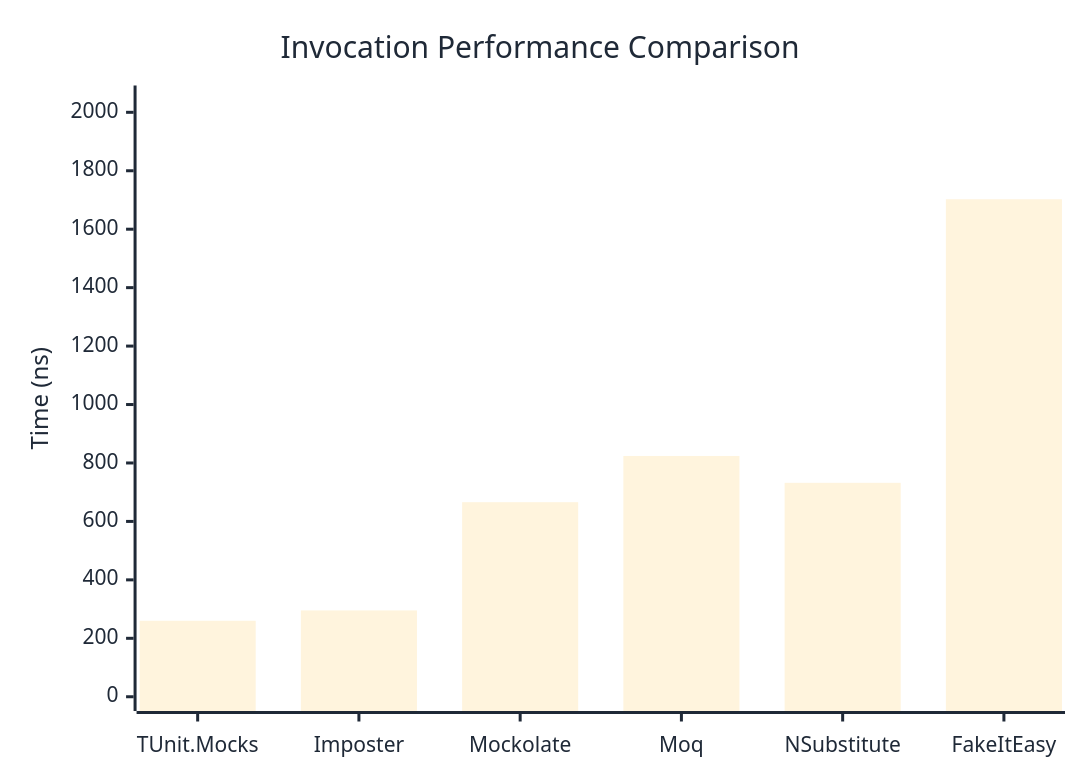
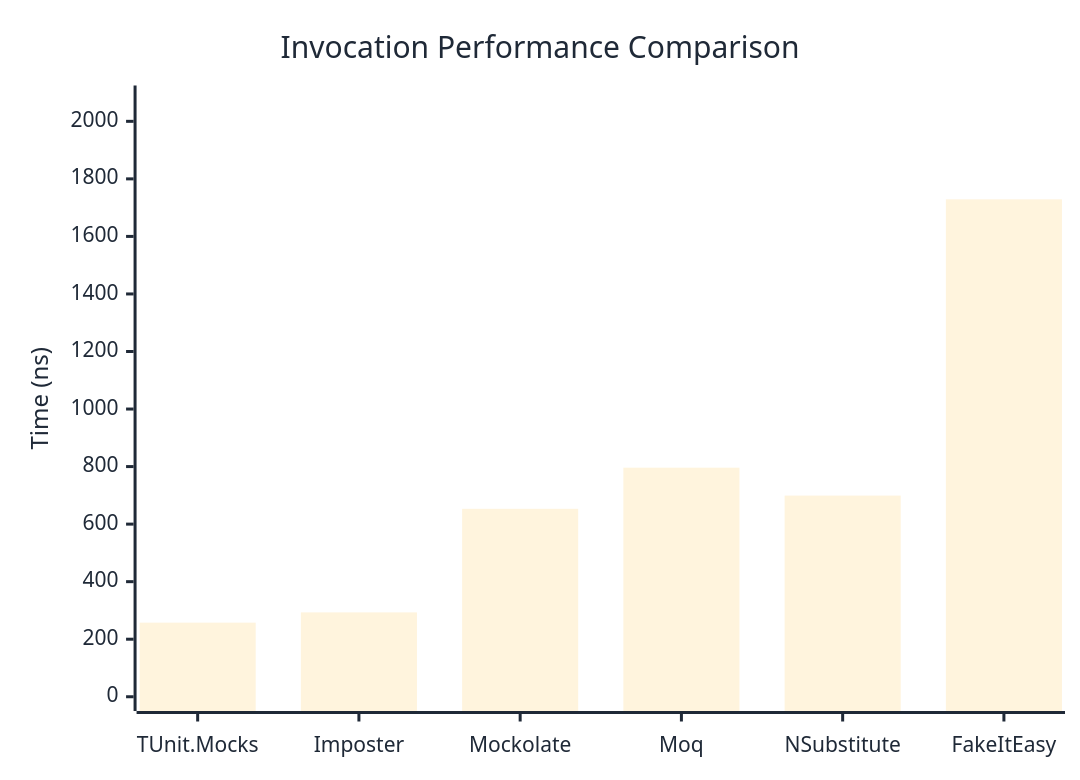
One commit to thomhurst/TUnit changed the first of 3 diagrams in docs/docs/benchmarks/mocks/Invocation.md. Above: the diagram before and after it, drawn with Mermaid. The commit also changed other lines of this file and 14 other files, not shown here.

````diff
--- a/docs/docs/benchmarks/mocks/Invocation.md
+++ b/docs/docs/benchmarks/mocks/Invocation.md
@@ -28,27 +28,27 @@
 ```mermaid
 %%{init: {
   'theme':'base',
   'themeVariables': {
     'primaryColor': '#2563eb',
     'primaryTextColor': '#1f2937',
     'primaryBorderColor': '#1e40af',
     'lineColor': '#6b7280',
     'secondaryColor': '#7c3aed',
     'tertiaryColor': '#dc2626',
     'background': '#ffffff',
     'pie1': '#2563eb',
     'pie2': '#7c3aed',
     'pie3': '#dc2626',
     'pie4': '#f59e0b',
     'pie5': '#10b981',
     'pie6': '#06b6d4',
     'pie7': '#ec4899',
     'pie8': '#6366f1'
   }
 }}%%
 xychart-beta
   title "Invocation Performance Comparison"
   x-axis ["TUnit.Mocks", "Imposter", "Mockolate", "Moq", "NSubstitute", "FakeItEasy"]
-  y-axis "Time (ns)" 0 --> 2043
-  bar [260, 295.4, 665.8, 824, 732.1, 1702.5]
+  y-axis "Time (ns)" 0 --> 2075
+  bar [257.6, 293.2, 653.2, 796.2, 699.2, 1728.9]
 ```
````
